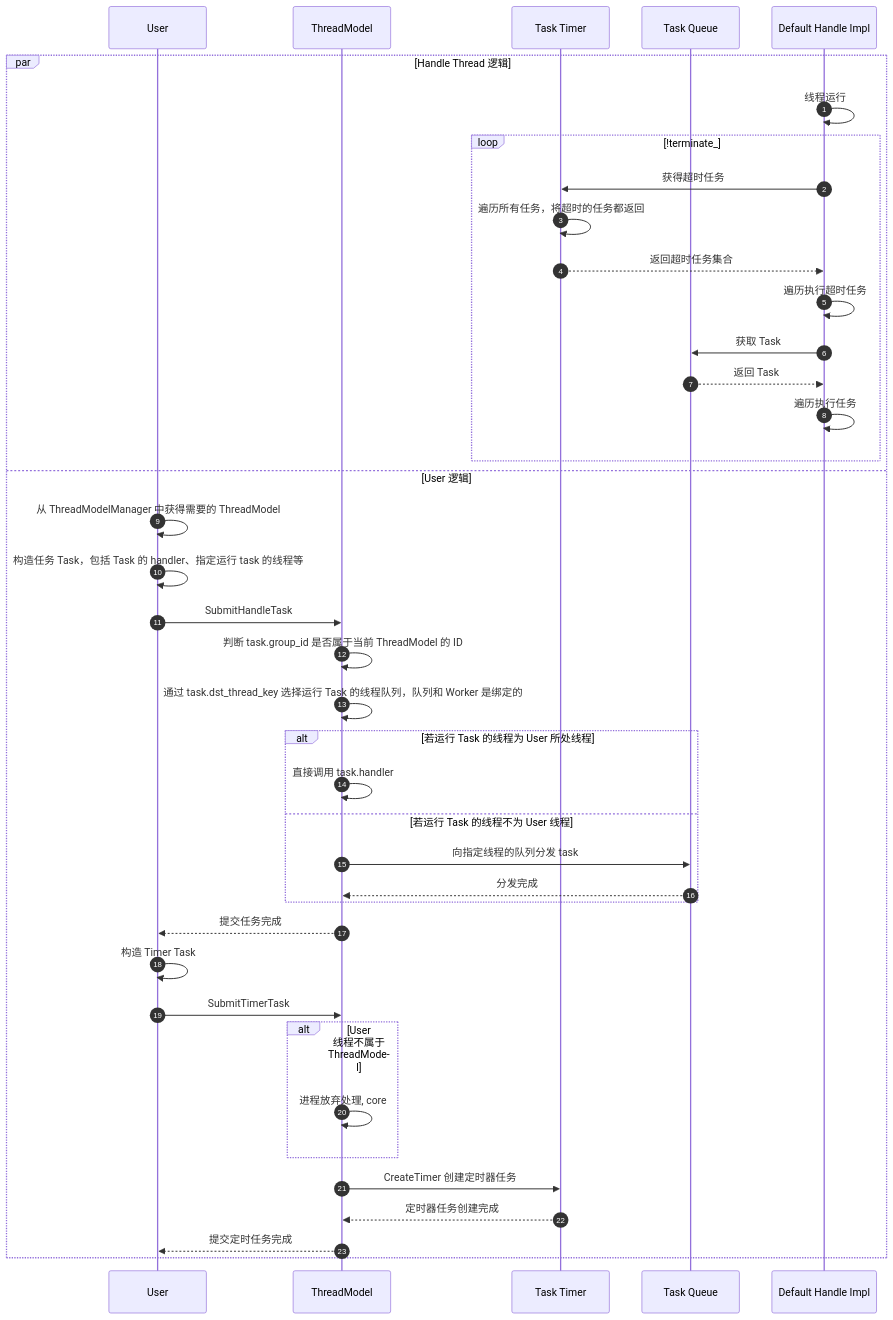
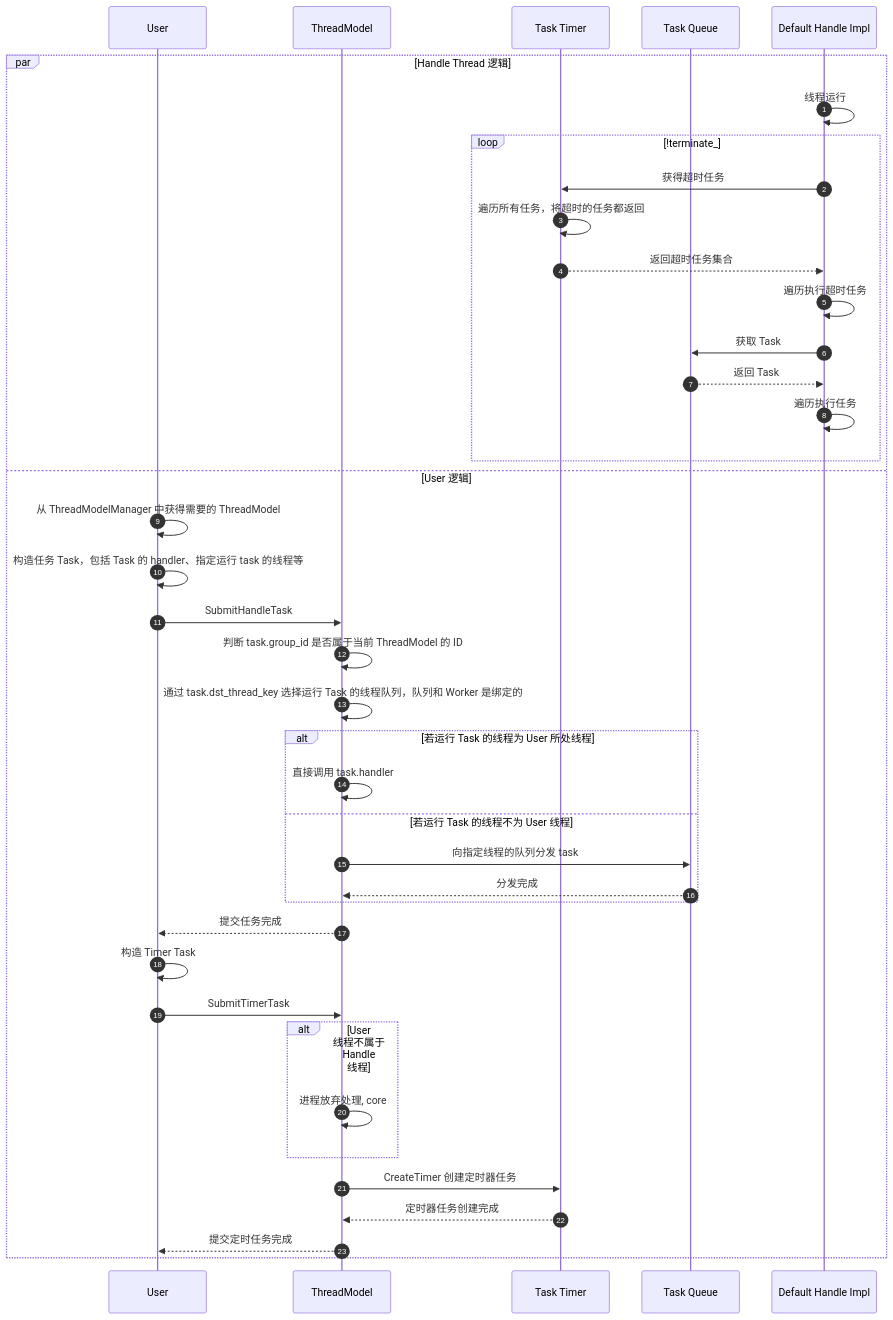
The fifth of 6 diagrams in posts/xrpc/xrpc-thread-model/readme.md (lsj9383/blog), drawn with Mermaid before and after one commit. The commit also changed other lines of this file, not shown here.

````diff
--- a/posts/xrpc/xrpc-thread-model/readme.md
+++ b/posts/xrpc/xrpc-thread-model/readme.md
@@ -344,48 +344,48 @@
 ```mermaid
 sequenceDiagram
 autonumber
 
 participant user as User
 participant thread_model as ThreadModel
 participant task_timer as Task Timer
 participant task_queue as Task Queue
 participant handle_impl as Default Handle Impl
 
 par Handle Thread 逻辑
     handle_impl ->> handle_impl: 线程运行
 
     loop !terminate_
         handle_impl ->> task_timer: 获得超时任务
         task_timer ->> task_timer: 遍历所有任务，将超时的任务都返回
         task_timer -->> handle_impl: 返回超时任务集合
         handle_impl ->> handle_impl: 遍历执行超时任务
 
         handle_impl ->> task_queue: 获取 Task
         task_queue -->> handle_impl: 返回 Task
         handle_impl ->> handle_impl: 遍历执行任务
     end
 and User 逻辑
     user ->> user: 从 ThreadModelManager 中获得需要的 ThreadModel
 
     user ->> user: 构造任务 Task，包括 Task 的 handler、指定运行 task 的线程等
     user ->> thread_model: SubmitHandleTask
     thread_model ->> thread_model: 判断 task.group_id 是否属于当前 ThreadModel 的 ID
     thread_model ->> thread_model: 通过 task.dst_thread_key 选择运行 Task 的线程队列，队列和 Worker 是绑定的
     alt 若运行 Task 的线程为 User 所处线程
         thread_model ->> thread_model: 直接调用 task.handler
     else 若运行 Task 的线程不为 User 线程
         thread_model ->> task_queue: 向指定线程的队列分发 task
         task_queue -->> thread_model: 分发完成
     end
     thread_model -->> user: 提交任务完成
 
     user ->> user: 构造 Timer Task
     user ->> thread_model: SubmitTimerTask
-    alt User 线程不属于 ThreadModel
+    alt User 线程不属于 Handle 线程
         thread_model ->> thread_model: 进程放弃处理, core
     end
     thread_model ->> task_timer: CreateTimer 创建定时器任务
     task_timer -->> thread_model: 定时器任务创建完成
     thread_model -->> user: 提交定时任务完成
 end
 ```
````
